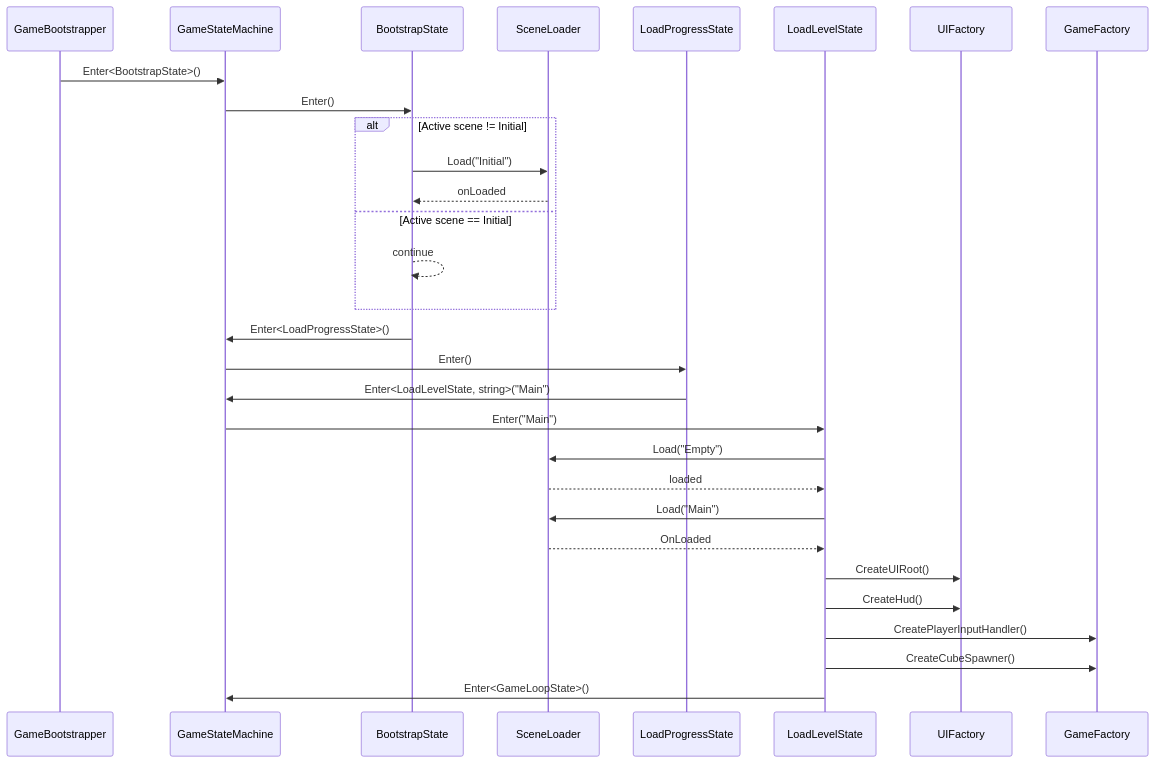
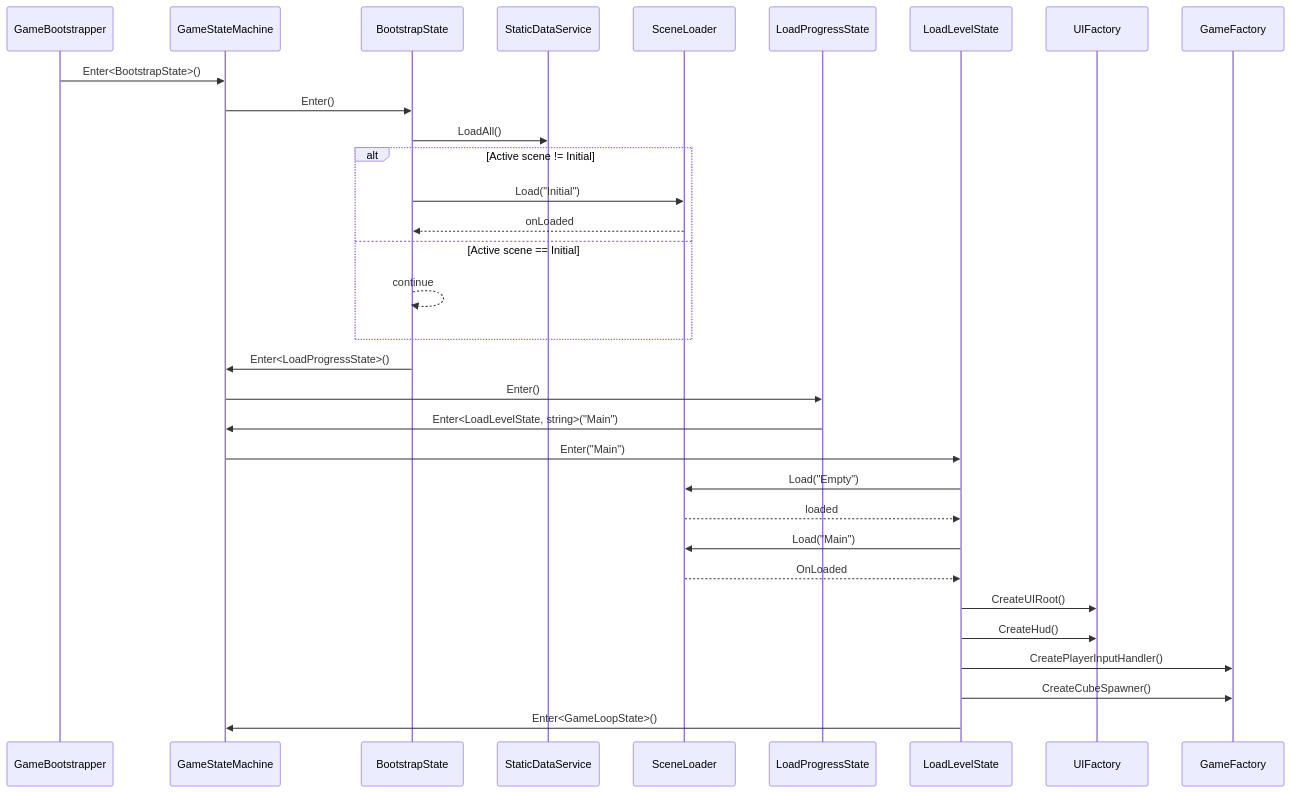
Before and after one commit to Olsney/2048: the second of 6 diagrams in src/2048/ARCHITECTURE.md, drawn with Mermaid. The commit also changed other lines of this file and 35 other files, not shown here.

````diff
--- a/src/2048/ARCHITECTURE.md
+++ b/src/2048/ARCHITECTURE.md
@@ -384,37 +389,39 @@
 ```mermaid
 sequenceDiagram
     participant GB as GameBootstrapper
     participant GSM as GameStateMachine
     participant BS as BootstrapState
+    participant SD as StaticDataService
     participant SL as SceneLoader
     participant LPS as LoadProgressState
     participant LLS as LoadLevelState
     participant UIF as UIFactory
     participant GF as GameFactory
 
     GB->>GSM: Enter<BootstrapState>()
     GSM->>BS: Enter()
+    BS->>SD: LoadAll()
 
     alt Active scene != Initial
         BS->>SL: Load("Initial")
         SL-->>BS: onLoaded
     else Active scene == Initial
         BS-->>BS: continue
     end
 
     BS->>GSM: Enter<LoadProgressState>()
     GSM->>LPS: Enter()
     LPS->>GSM: Enter<LoadLevelState, string>("Main")
     GSM->>LLS: Enter("Main")
 
     LLS->>SL: Load("Empty")
     SL-->>LLS: loaded
     LLS->>SL: Load("Main")
     SL-->>LLS: OnLoaded
 
     LLS->>UIF: CreateUIRoot()
     LLS->>UIF: CreateHud()
     LLS->>GF: CreatePlayerInputHandler()
     LLS->>GF: CreateCubeSpawner()
     LLS->>GSM: Enter<GameLoopState>()
 ```
````
